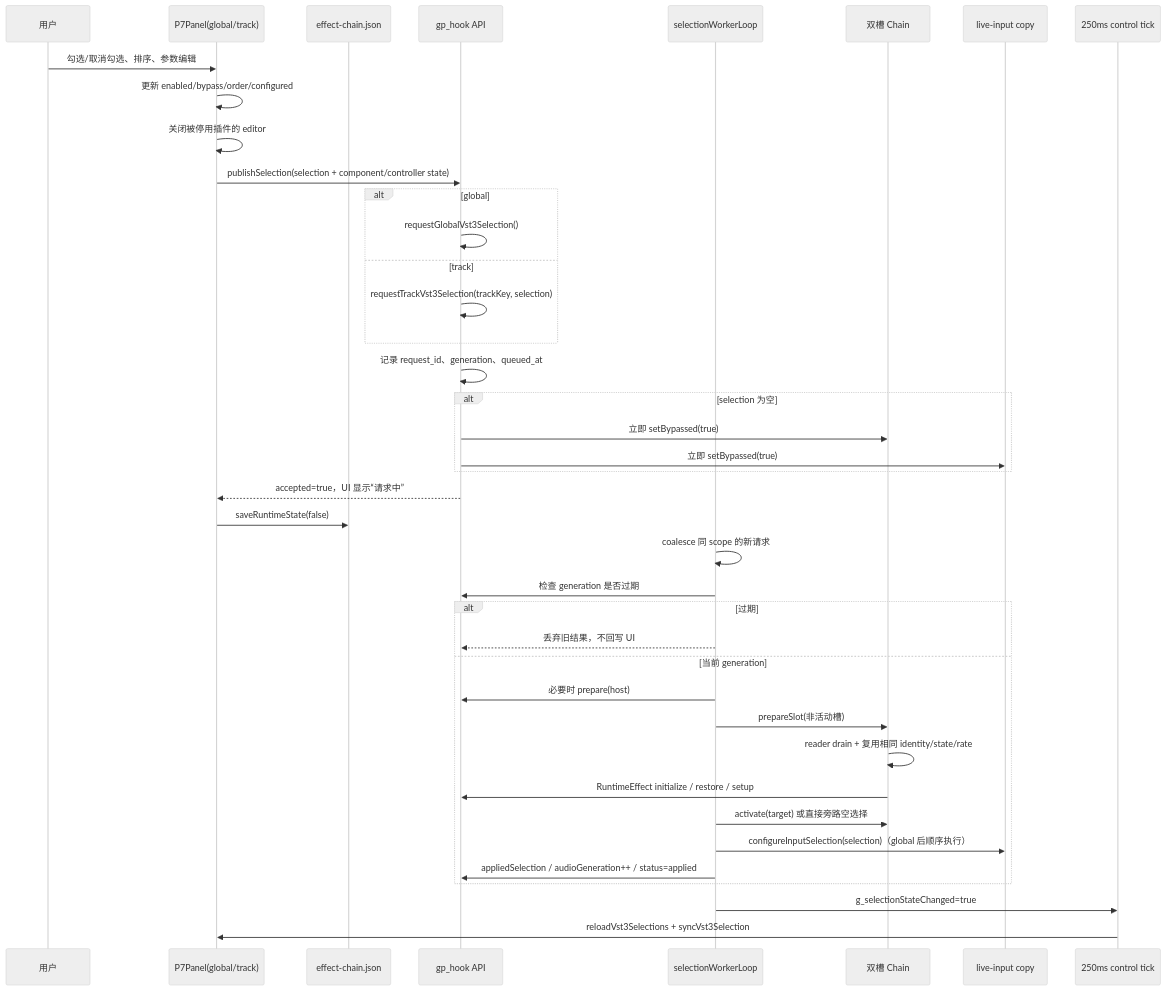
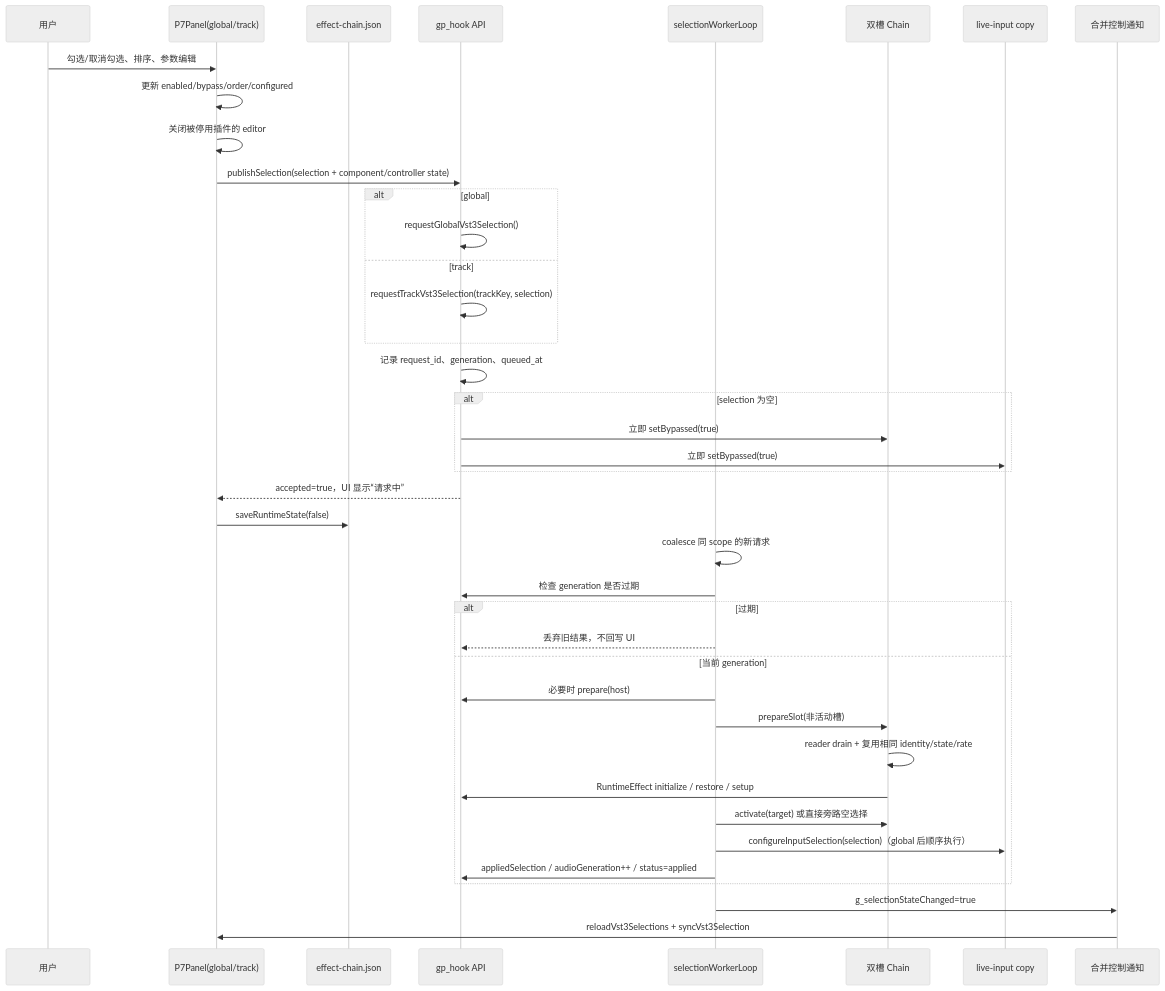
The sixth of 17 diagrams in docs/PLUGIN_RUNTIME_AND_INTERVENTION.md (MUMU-DADA/GuitarProVST3), drawn with Mermaid (neutral theme) before and after one commit. The commit also changed other lines of this file and 23 other files, not shown here.

````diff
--- a/docs/PLUGIN_RUNTIME_AND_INTERVENTION.md
+++ b/docs/PLUGIN_RUNTIME_AND_INTERVENTION.md
@@ -214,43 +214,43 @@
 ```mermaid
 sequenceDiagram
     participant User as 用户
     participant Panel as P7Panel(global/track)
     participant Sidecar as effect-chain.json
     participant Hook as gp_hook API
     participant Worker as selectionWorkerLoop
     participant Chain as 双槽 Chain
     participant Input as live-input copy
-    participant Tick as 250ms control tick
+    participant Tick as 合并控制通知
 
     User->>Panel: 勾选/取消勾选、排序、参数编辑
     Panel->>Panel: 更新 enabled/bypass/order/configured
     Panel->>Panel: 关闭被停用插件的 editor
     Panel->>Hook: publishSelection(selection + component/controller state)
     alt global
         Hook->>Hook: requestGlobalVst3Selection()
     else track
         Hook->>Hook: requestTrackVst3Selection(trackKey, selection)
     end
     Hook->>Hook: 记录 request_id、generation、queued_at
     alt selection 为空
         Hook->>Chain: 立即 setBypassed(true)
         Hook->>Input: 立即 setBypassed(true)
     end
     Hook-->>Panel: accepted=true，UI 显示“请求中”
     Panel->>Sidecar: saveRuntimeState(false)
     Worker->>Worker: coalesce 同 scope 的新请求
     Worker->>Hook: 检查 generation 是否过期
     alt 过期
         Worker-->>Hook: 丢弃旧结果，不回写 UI
     else 当前 generation
         Worker->>Hook: 必要时 prepare(host)
         Worker->>Chain: prepareSlot(非活动槽)
         Chain->>Chain: reader drain + 复用相同 identity/state/rate
         Chain->>Hook: RuntimeEffect initialize / restore / setup
         Worker->>Chain: activate(target) 或直接旁路空选择
         Worker->>Input: configureInputSelection(selection)（global 后顺序执行）
         Worker->>Hook: appliedSelection / audioGeneration++ / status=applied
     end
     Worker->>Tick: g_selectionStateChanged=true
     Tick->>Panel: reloadVst3Selections + syncVst3Selection
 ```
````
